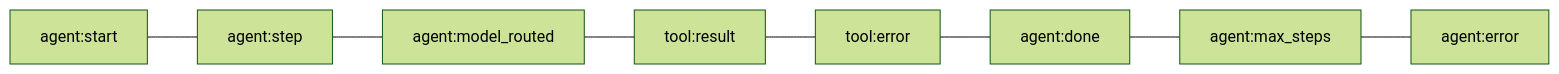
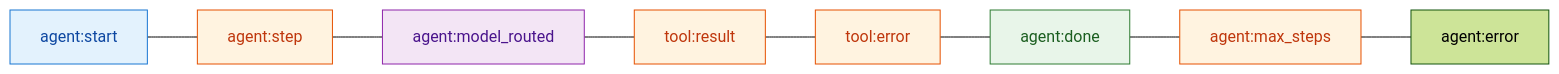
One commit to Guebbit/AI-coding-assistant changed the third of 4 diagrams in docs/packages/agent.md. Above: the diagram before and after it, drawn with Mermaid (forest theme). The commit also changed other lines of this file and 54 other files, not shown here.

First line of the commit message:
docs: add mermaid diagrams to quickstart & ollama-notes, color-code all flowcharts

````diff
--- a/docs/packages/agent.md
+++ b/docs/packages/agent.md
@@ -105,10 +115,17 @@
 ```mermaid
 flowchart LR
     start["agent:start"] --- step["agent:step"]
     step --- routed["agent:model_routed"]
     routed --- tresult["tool:result"]
     tresult --- terror["tool:error"]
     terror --- done["agent:done"]
     done --- max["agent:max_steps"]
     max --- err["agent:error"]
+    style start fill:#e3f2fd,stroke:#1976d2,color:#0d47a1
+    style step fill:#fff3e0,stroke:#e65100,color:#bf360c
+    style routed fill:#f3e5f5,stroke:#8e24aa,color:#4a148c
+    style tresult fill:#fff3e0,stroke:#e65100,color:#bf360c
+    style terror fill:#fff3e0,stroke:#e65100,color:#bf360c
+    style done fill:#e8f5e9,stroke:#2e7d32,color:#1b5e20
+    style max fill:#fff3e0,stroke:#e65100,color:#bf360c
 ```
````
